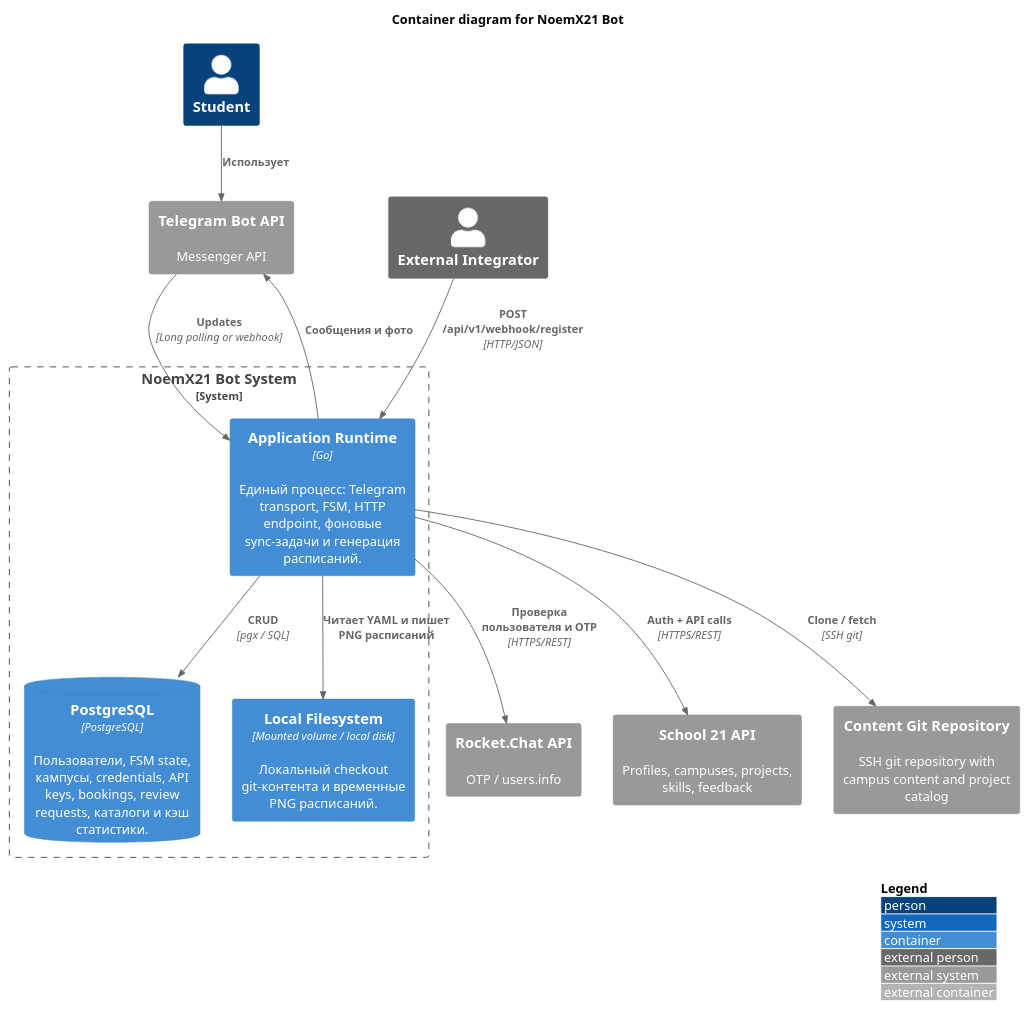
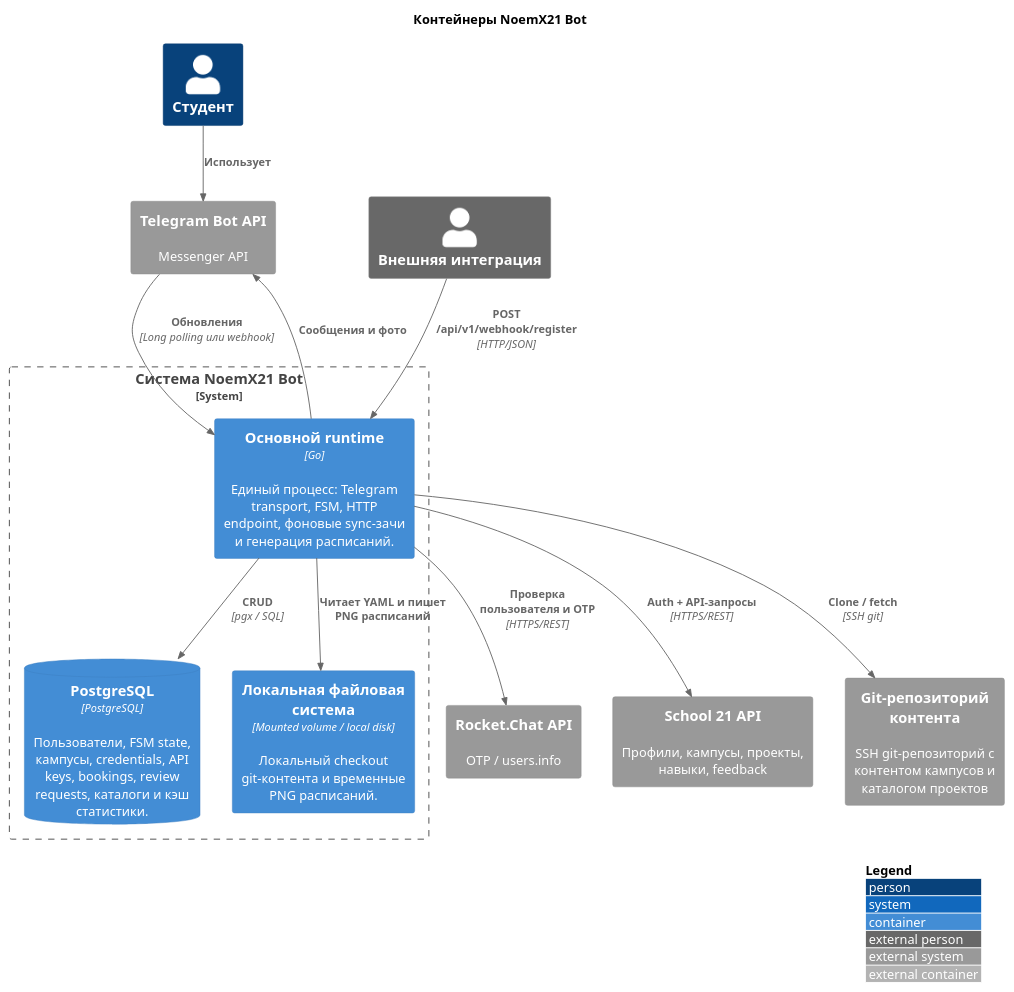
One commit to vgy789/NoemX21-bot changed the diagram in docs/c4/c4_container.puml. Above: the diagram before and after it, drawn with PlantUML. The commit also changed 21 other files, not shown here.

Commit message:
feat(docs): добавлены README.md, файлы документации, генерация изображений с4 диаграмм

```diff
--- a/docs/c4/c4_container.puml
+++ b/docs/c4/c4_container.puml
@@ -1,34 +1,34 @@
-@startuml C4_Elements
+@startuml
 !include https://raw.githubusercontent.com/plantuml-stdlib/C4-PlantUML/master/C4_Container.puml
 
 LAYOUT_WITH_LEGEND()
 
-title Container diagram for NoemX21 Bot
+title Контейнеры NoemX21 Bot
 
-Person(student, "Student")
-Person_Ext(integrator, "External Integrator")
+Person(student, "Студент")
+Person_Ext(integrator, "Внешняя интеграция")
 
-System_Boundary(noemx, "NoemX21 Bot System") {
-    Container(app, "Application Runtime", "Go", "Единый процесс: Telegram transport, FSM, HTTP endpoint, фоновые sync-задачи и генерация расписаний.")
+System_Boundary(noemx, "Система NoemX21 Bot") {
+    Container(app, "Основной runtime", "Go", "Единый процесс: Telegram transport, FSM, HTTP endpoint, фоновые sync-зачи и генерация расписаний.")
     ContainerDb(db, "PostgreSQL", "PostgreSQL", "Пользователи, FSM state, кампусы, credentials, API keys, bookings, review requests, каталоги и кэш статистики.")
-    Container(fs, "Local Filesystem", "Mounted volume / local disk", "Локальный checkout git-контента и временные PNG расписаний.")
+    Container(fs, "Локальная файловая система", "Mounted volume / local disk", "Локальный checkout git-контента и временные PNG расписаний.")
 }
 
 System_Ext(telegram, "Telegram Bot API", "Messenger API")
 System_Ext(rocket, "Rocket.Chat API", "OTP / users.info")
-System_Ext(s21, "School 21 API", "Profiles, campuses, projects, skills, feedback")
-System_Ext(git_repo, "Content Git Repository", "SSH git repository with campus content and project catalog")
+System_Ext(s21, "School 21 API", "Профили, кампусы, проекты, навыки, feedback")
+System_Ext(git_repo, "Git-репозиторий контента", "SSH git-репозиторий с контентом кампусов и каталогом проектов")
 
 Rel(student, telegram, "Использует")
-Rel(telegram, app, "Updates", "Long polling or webhook")
+Rel(telegram, app, "Обновления", "Long polling или webhook")
 Rel(app, telegram, "Сообщения и фото")
 
 Rel(integrator, app, "POST /api/v1/webhook/register", "HTTP/JSON")
 
 Rel(app, db, "CRUD", "pgx / SQL")
 Rel(app, fs, "Читает YAML и пишет PNG расписаний")
 Rel(app, rocket, "Проверка пользователя и OTP", "HTTPS/REST")
-Rel(app, s21, "Auth + API calls", "HTTPS/REST")
+Rel(app, s21, "Auth + API-запросы", "HTTPS/REST")
 Rel(app, git_repo, "Clone / fetch", "SSH git")
 
 @enduml
```
